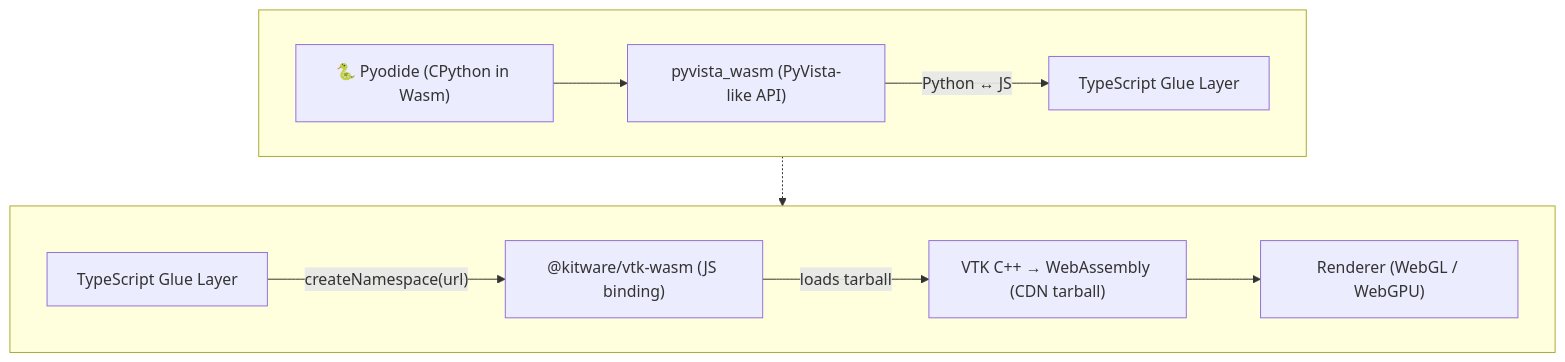
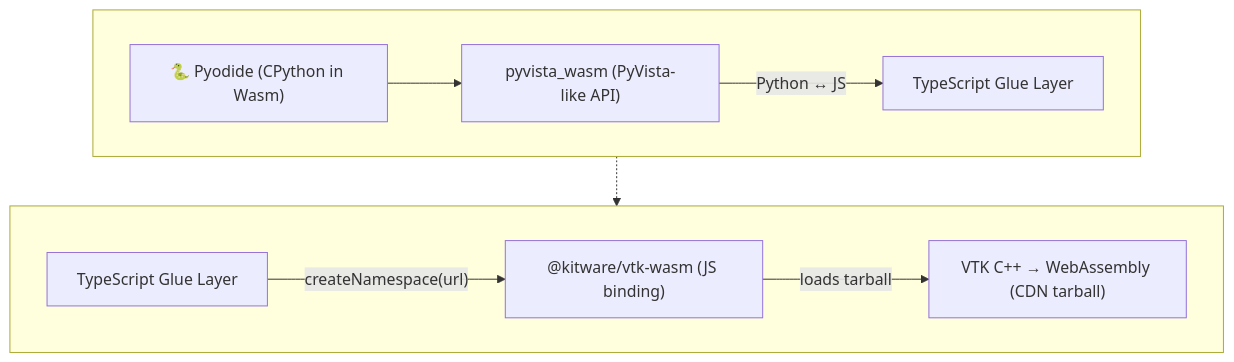
One commit to tkoyama010/pyvista-wasm changed the third of 5 diagrams in slides/slides.md. Above: the diagram before and after it, drawn with Mermaid.

Commit message:
docs: remove Renderer node from second row of arch diagram

````diff
--- a/slides/slides.md
+++ b/slides/slides.md
@@ -577,15 +577,14 @@
 ```mermaid {scale: 0.6}
 flowchart TB
   subgraph row1[" "]
     direction LR
     P["🐍 Pyodide (CPython in Wasm)"] --> PV["pyvista_wasm (PyVista-like API)"]
     PV -->|"Python ↔ JS"| TS["TypeScript Glue Layer"]
   end
   subgraph row2[" "]
     direction LR
     TS2["TypeScript Glue Layer"] -->|"createNamespace(url)"| VW["@kitware/vtk-wasm (JS binding)"]
     VW -->|"loads tarball"| VTK["VTK C++ → WebAssembly (CDN tarball)"]
-    VTK --> R["Renderer (WebGL / WebGPU)"]
   end
   TS -.-> TS2
 ```
````
